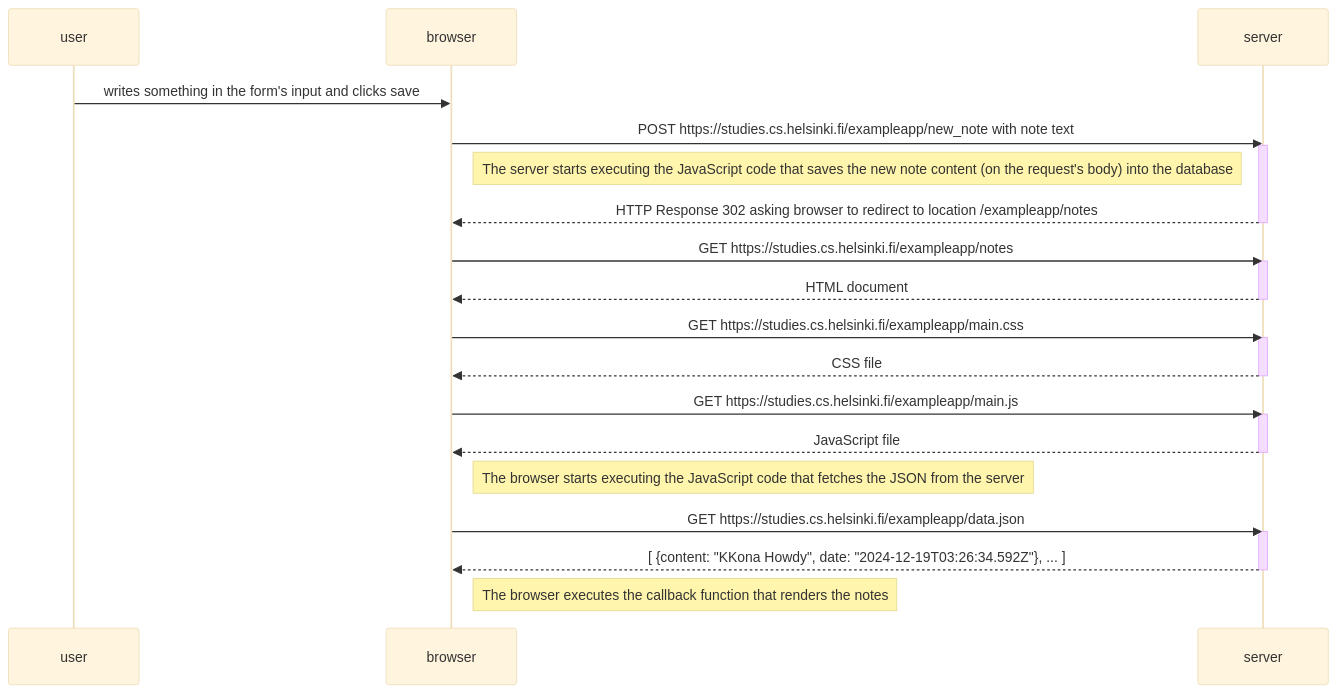
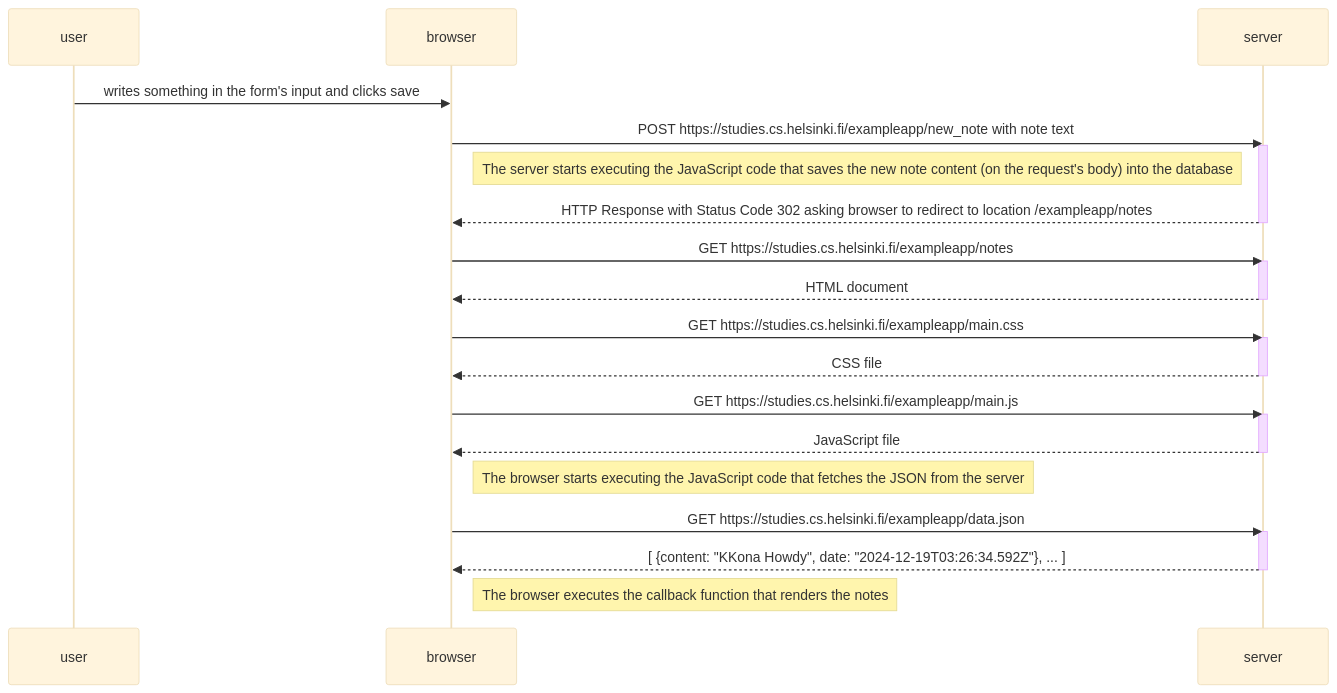
Before and after one commit to Sparx27/fullStackOpen: the diagram in part0/exercise0-4.md, drawn with Mermaid (base theme). The commit also changed 1 other file, not shown here.

Commit message:
exercise 0.6

````diff
--- a/part0/exercise0-4.md
+++ b/part0/exercise0-4.md
@@ -1,40 +1,40 @@
 ```mermaid
 sequenceDiagram
   participant user
   participant browser
   participant server
 
   user->>browser: writes something in the form's input and clicks save
 
   browser->>server: POST https://studies.cs.helsinki.fi/exampleapp/new_note with note text
   activate server
 
   Note left of server: The server starts executing the JavaScript code that saves the new note content (on the request's body) into the database
 
-  server-->>browser: HTTP Response 302 asking browser to redirect to location /exampleapp/notes
+  server-->>browser: HTTP Response with Status Code 302 asking browser to redirect to location /exampleapp/notes
   deactivate server
   
   browser->>server: GET https://studies.cs.helsinki.fi/exampleapp/notes
   activate server
   server-->>browser: HTML document
   deactivate server
 
   browser->>server: GET https://studies.cs.helsinki.fi/exampleapp/main.css
   activate server
   server-->>browser: CSS file
   deactivate server
 
   browser->>server: GET https://studies.cs.helsinki.fi/exampleapp/main.js
   activate server
   server-->>browser: JavaScript file
   deactivate server
 
   Note right of browser: The browser starts executing the JavaScript code that fetches the JSON from the server
 
   browser->>server: GET https://studies.cs.helsinki.fi/exampleapp/data.json
   activate server
   server-->>browser: [ {content: "KKona Howdy", date: "2024-12-19T03:26:34.592Z"}, ... ]
   deactivate server
 
   Note right of browser: The browser executes the callback function that renders the notes
 ```
````
